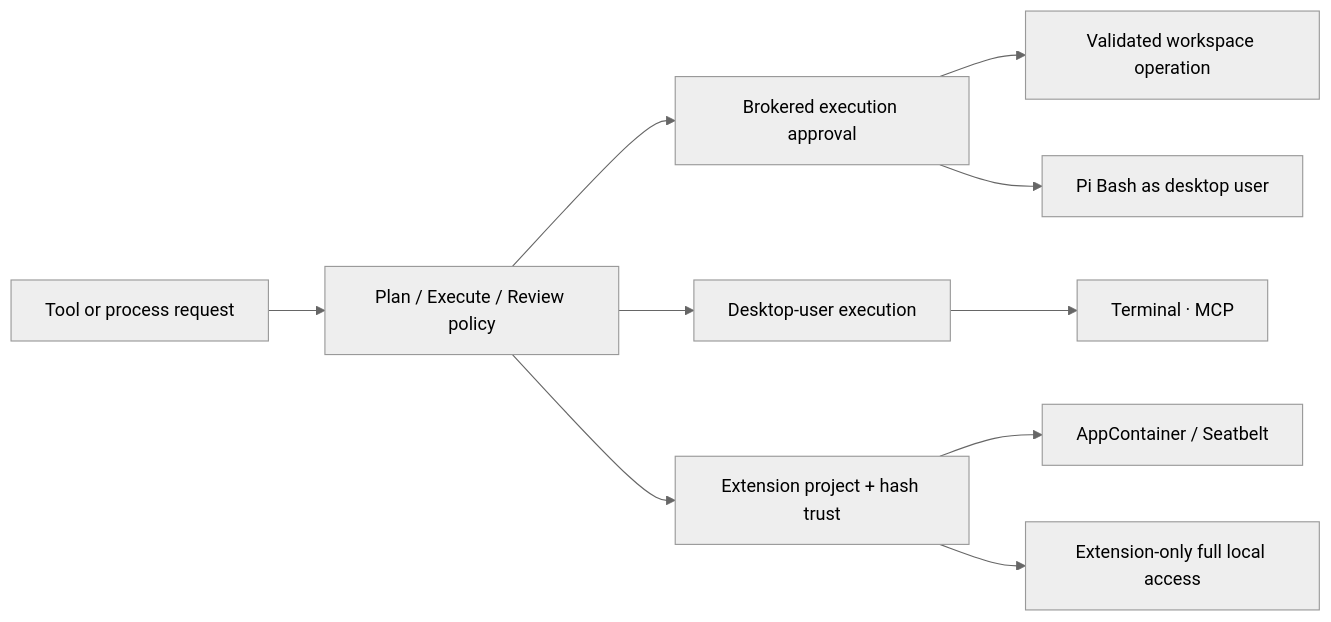
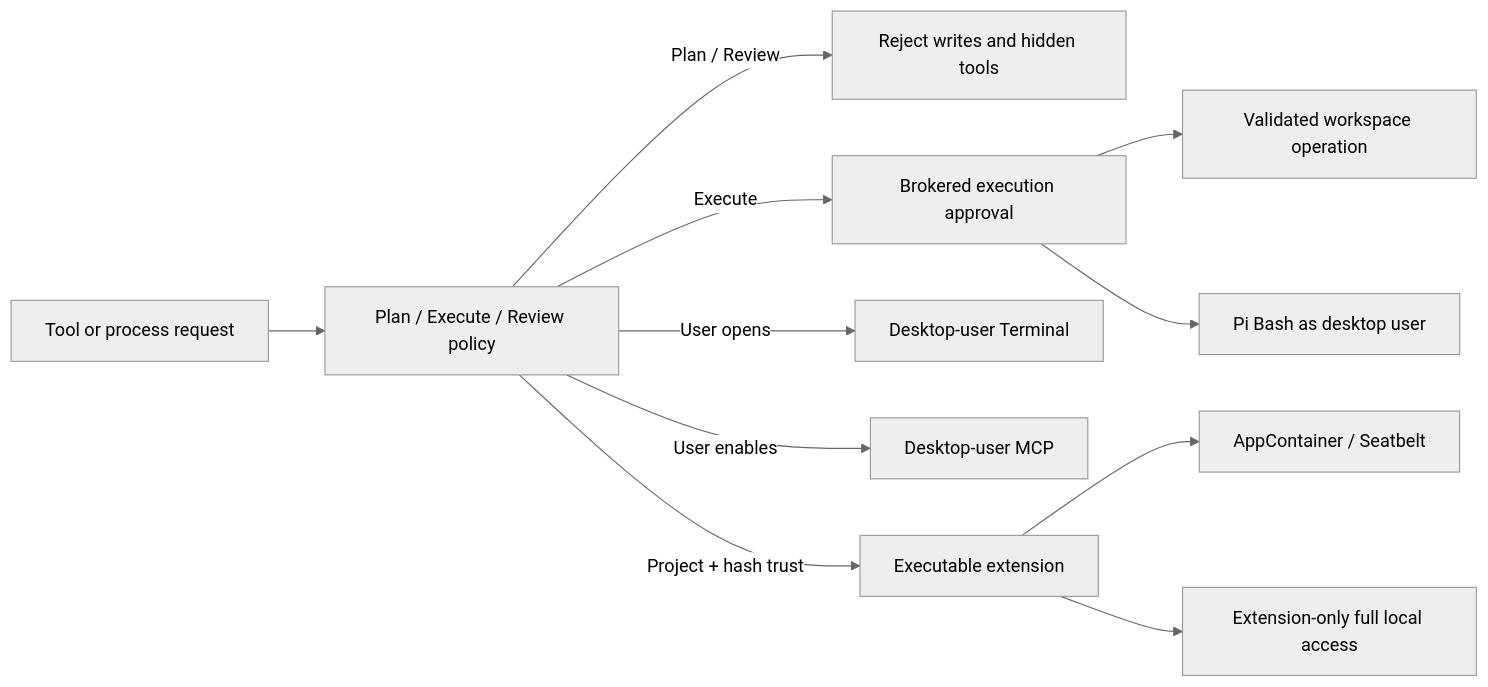
One commit to EurekaRaider/Artemis changed the first of 2 diagrams in README.md. Above: the diagram before and after it, drawn with Mermaid (neutral theme). The commit also changed other lines of this file and 7 other files, not shown here.

Commit message:
Refresh README screenshots and architecture

````diff
--- a/README.md
+++ b/README.md
@@ -408,12 +408,13 @@
 ```mermaid
 flowchart LR
     Request["Tool or process request"] --> Mode["Plan / Execute / Review policy"]
-    Mode --> Broker["Brokered execution approval"]
-    Mode --> User["Desktop-user execution"]
-    Mode --> Trust["Extension project + hash trust"]
+    Mode -->|"Plan / Review"| Deny["Reject writes and hidden tools"]
+    Mode -->|"Execute"| Broker["Brokered execution approval"]
     Broker --> Workspace["Validated workspace operation"]
     Broker --> Bash["Pi Bash as desktop user"]
-    User --> Full["Terminal · MCP"]
+    Mode -->|"User opens"| Terminal["Desktop-user Terminal"]
+    Mode -->|"User enables"| MCP["Desktop-user MCP"]
+    Mode -->|"Project + hash trust"| Trust["Executable extension"]
     Trust --> Native["AppContainer / Seatbelt"]
     Trust --> OptIn["Extension-only full local access"]
 ```
````
